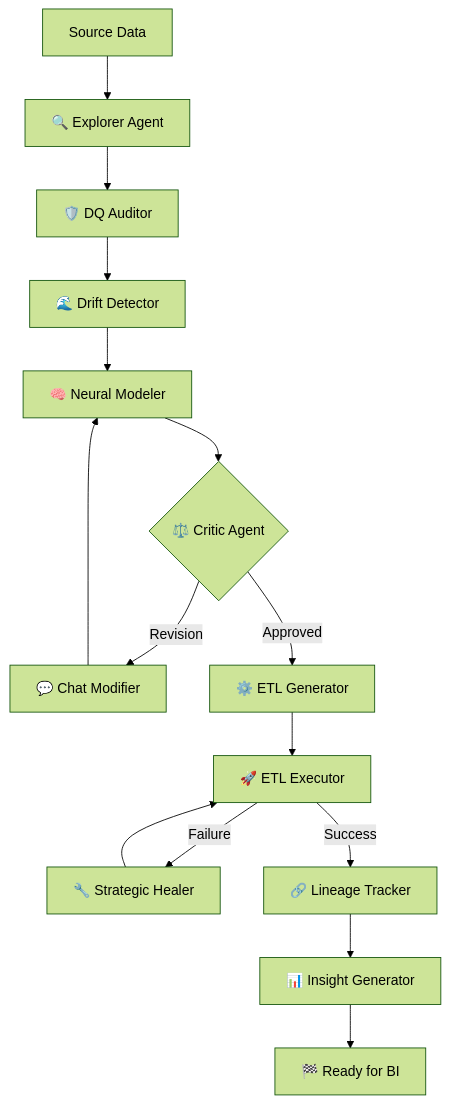
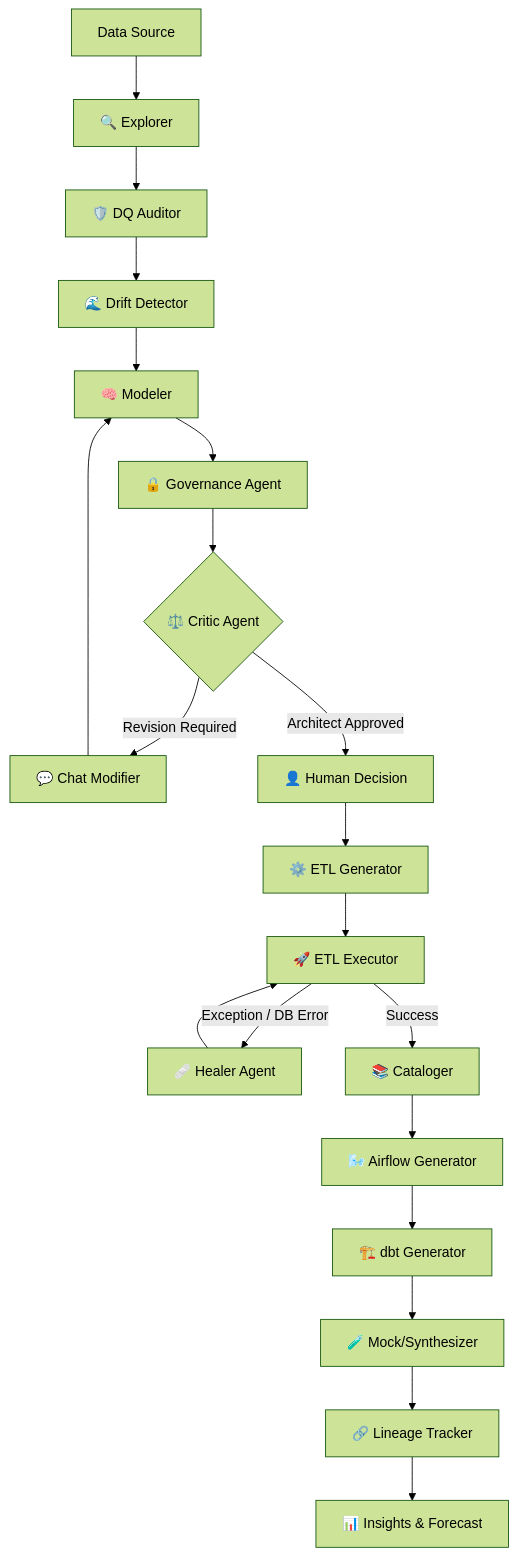
Before and after one commit to salaheddinehalimisiad-coder/agent_data_warehouse_v2: the diagram in README.md, drawn with Mermaid (forest theme). The commit also changed other lines of this file and 12 other files, not shown here.

Commit message:
feat(v4.1): Add Governance, Synthesizer Agents and rewrite README

````diff
--- a/README.md
+++ b/README.md
@@ -34,17 +48,26 @@
 ```mermaid
 graph TD
-    A[Source Data] --> B[🔍 Explorer Agent]
+    A[Data Source] --> B[🔍 Explorer]
     B --> C[🛡️ DQ Auditor]
     C --> D[🌊 Drift Detector]
-    D --> E[🧠 Neural Modeler]
-    E --> F{⚖️ Critic Agent}
-    F -- Revision --> G[💬 Chat Modifier]
+    D --> E[🧠 Modeler]
+    E --> V[🔒 Governance Agent]
+    V --> F{⚖️ Critic Agent}
+    
+    F -- Revision Required --> G[💬 Chat Modifier]
     G --> E
-    F -- Approved --> H[⚙️ ETL Generator]
-    H --> I[🚀 ETL Executor]
-    I -- Failure --> J[🔧 Strategic Healer]
-    J --> I
-    I -- Success --> K[🔗 Lineage Tracker]
-    K --> L[📊 Insight Generator]
-    L --> M[🏁 Ready for BI]
+    
+    F -- Architect Approved --> H[👤 Human Decision]
+    H --> I[⚙️ ETL Generator]
+    
+    I --> J[🚀 ETL Executor]
+    J -- Exception / DB Error --> K[🩹 Healer Agent]
+    K --> J
+    
+    J -- Success --> L[📚 Cataloger]
+    L --> M[🌬️ Airflow Generator]
+    M --> N[🏗️ dbt Generator]
+    N --> P[🧪 Mock/Synthesizer]
+    P --> Q[🔗 Lineage Tracker]
+    Q --> R[📊 Insights & Forecast]
 ```
````
